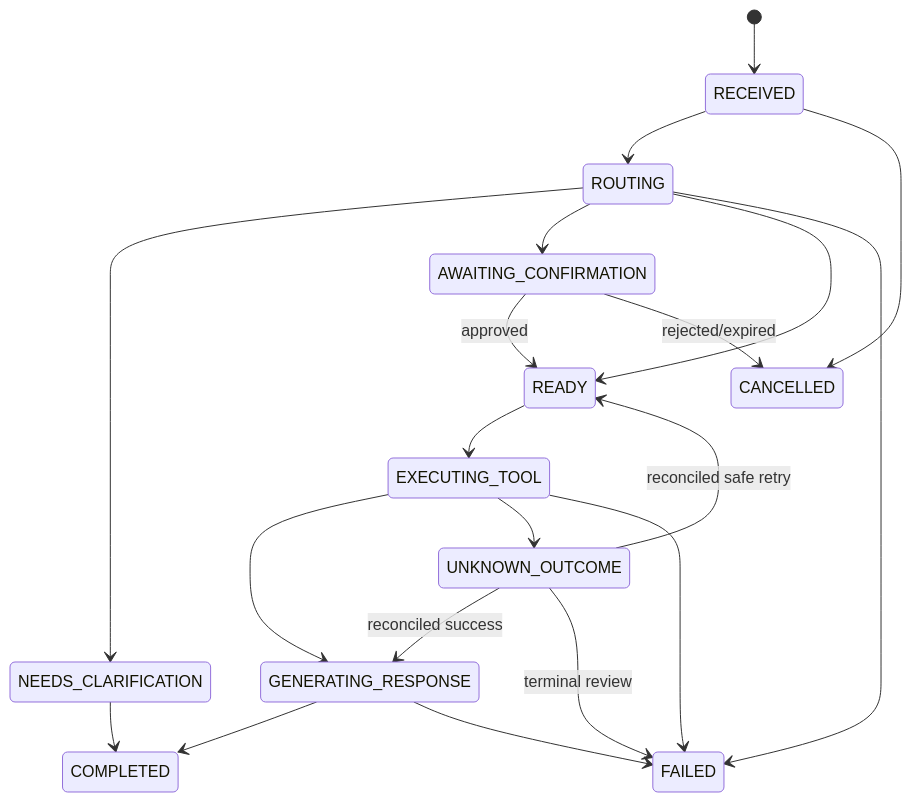
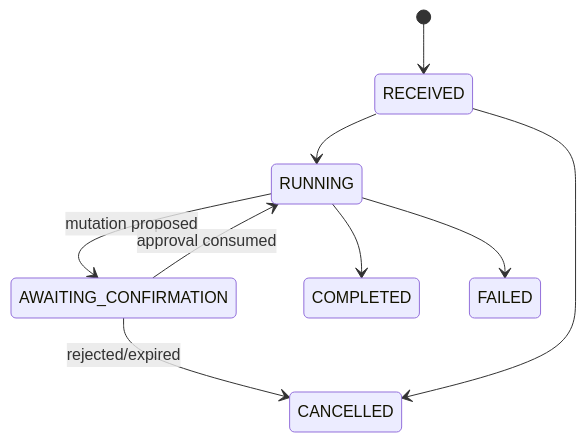
The fourth of 5 diagrams in docs/ARCHITECTURE.md (dvdduy/switchboard), drawn with Mermaid before and after one commit. The commit also changed other lines of this file and 58 other files, not shown here.

````diff
--- a/docs/ARCHITECTURE.md
+++ b/docs/ARCHITECTURE.md
@@ -176,22 +180,11 @@
 ```mermaid
 stateDiagram-v2
     [*] --> RECEIVED
-    RECEIVED --> ROUTING
-    ROUTING --> NEEDS_CLARIFICATION
-    ROUTING --> AWAITING_CONFIRMATION
-    ROUTING --> READY
-    NEEDS_CLARIFICATION --> COMPLETED
-    AWAITING_CONFIRMATION --> READY: approved
+    RECEIVED --> RUNNING
+    RUNNING --> AWAITING_CONFIRMATION: mutation proposed
+    AWAITING_CONFIRMATION --> RUNNING: approval consumed
     AWAITING_CONFIRMATION --> CANCELLED: rejected/expired
-    READY --> EXECUTING_TOOL
-    EXECUTING_TOOL --> GENERATING_RESPONSE
-    EXECUTING_TOOL --> UNKNOWN_OUTCOME
-    EXECUTING_TOOL --> FAILED
-    UNKNOWN_OUTCOME --> GENERATING_RESPONSE: reconciled success
-    UNKNOWN_OUTCOME --> READY: reconciled safe retry
-    UNKNOWN_OUTCOME --> FAILED: terminal review
-    GENERATING_RESPONSE --> COMPLETED
+    RUNNING --> COMPLETED
+    RUNNING --> FAILED
     RECEIVED --> CANCELLED
-    ROUTING --> FAILED
-    GENERATING_RESPONSE --> FAILED
 ```
````
